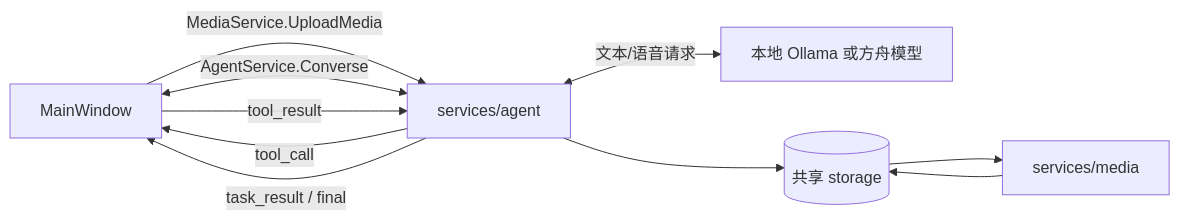
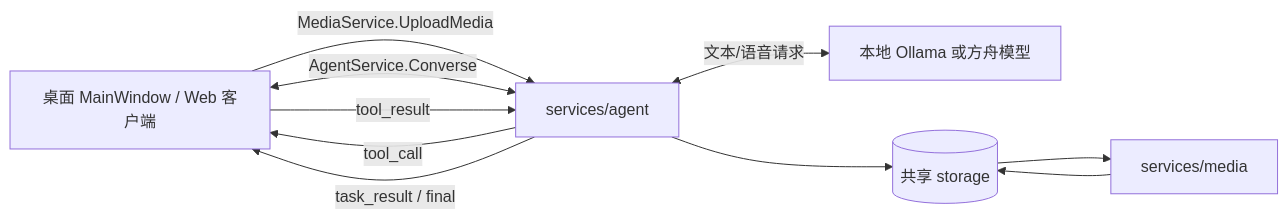
One commit to Qiao12-pixel/avplayer changed the fourth of 4 diagrams in README.md. Above: the diagram before and after it, drawn with Mermaid. The commit also changed other lines of this file and 9 other files, not shown here.

````diff
--- a/README.md
+++ b/README.md
@@ -198,12 +235,12 @@
 ```mermaid
 flowchart LR
-    Player[MainWindow] -->|MediaService.UploadMedia| Agent[services/agent]
+    Player[桌面 MainWindow / Web 客户端] -->|MediaService.UploadMedia| Agent[services/agent]
     Player <-->|AgentService.Converse| Agent
     Agent <-->|文本/语音请求| Model[本地 Ollama 或方舟模型]
     Agent -->|tool_call| Player
     Player -->|tool_result| Agent
     Agent -->|task_result / final| Player
     Agent --> Store[(共享 storage)]
     Media[services/media] --> Store
     Store --> Media
 ```
````
